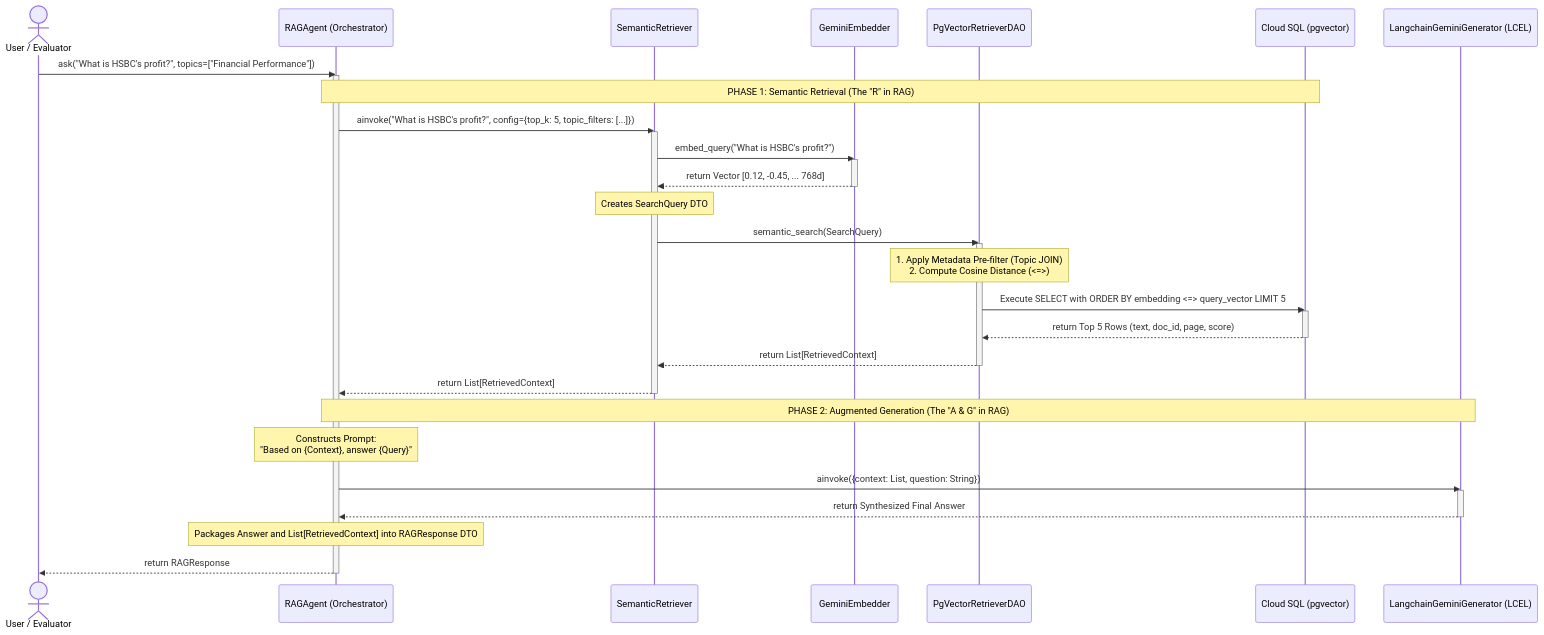
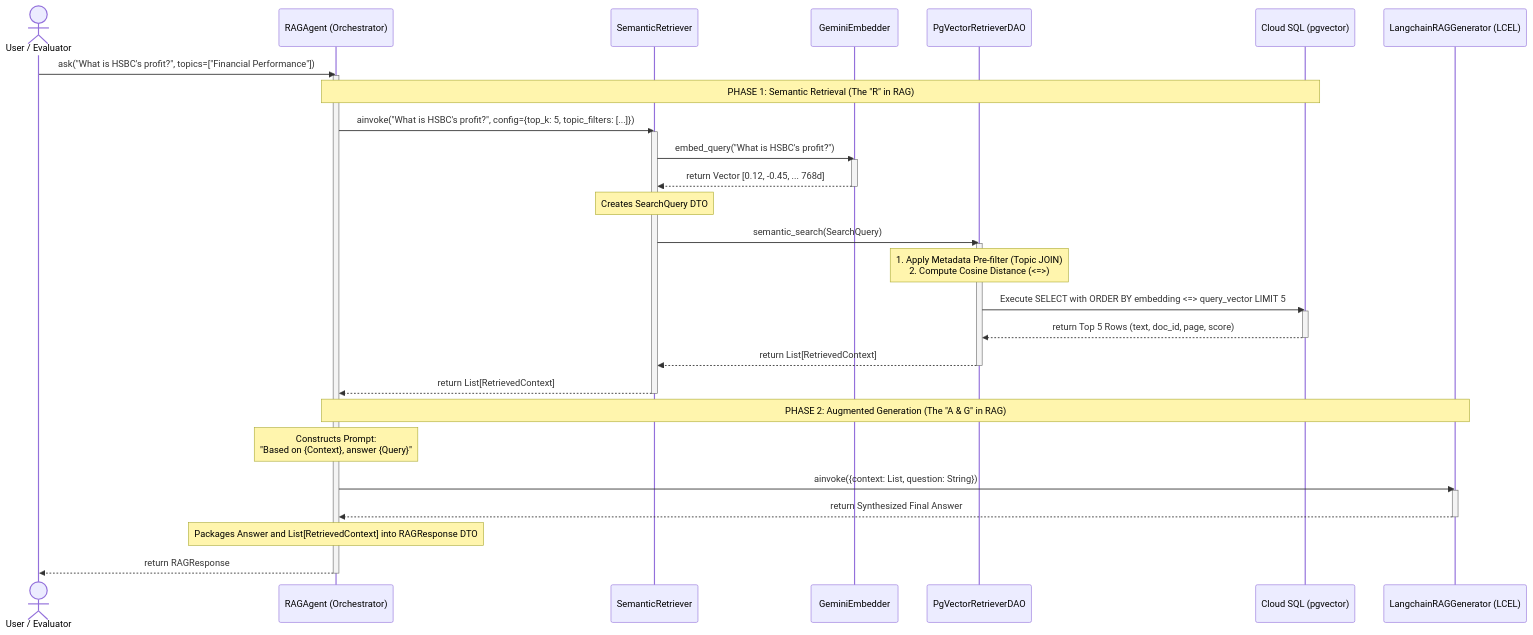
One commit to nvd11/automated-rag-evaluator changed the second of 2 diagrams in docs/phase2_retriever_architecture.md. Above: the diagram before and after it, drawn with Mermaid. The commit also changed other lines of this file, not shown here.

Commit message:
docs: update phase2 architecture doc to reflect LLMFactory dependency injection and renamed LangchainRAGGenerator

````diff
--- a/docs/phase2_retriever_architecture.md
+++ b/docs/phase2_retriever_architecture.md
@@ -112,52 +122,52 @@
 ```mermaid
 sequenceDiagram
     actor Client as User / Evaluator
     participant RAG as RAGAgent (Orchestrator)
     participant Retriever as SemanticRetriever
     participant Embedder as GeminiEmbedder
     participant DAO as PgVectorRetrieverDAO
     participant DB as Cloud SQL (pgvector)
-    participant LLM as LangchainGeminiGenerator (LCEL)
+    participant LLM as LangchainRAGGenerator (LCEL)
 
     Client->>RAG: ask("What is HSBC's profit?", topics=["Financial Performance"])
     activate RAG
 
     %% PHASE 1: Retrieval
     Note over RAG, DB: PHASE 1: Semantic Retrieval (The "R" in RAG)
     RAG->>Retriever: ainvoke("What is HSBC's profit?", config={top_k: 5, topic_filters: [...]})
     activate Retriever
     
     Retriever->>Embedder: embed_query("What is HSBC's profit?")
     activate Embedder
     Embedder-->>Retriever: return Vector [0.12, -0.45, ... 768d]
     deactivate Embedder
     
     Note over Retriever: Creates SearchQuery DTO
     Retriever->>DAO: semantic_search(SearchQuery)
     activate DAO
     
     Note over DAO: 1. Apply Metadata Pre-filter (Topic JOIN)<br/>2. Compute Cosine Distance (<=>)
     DAO->>DB: Execute SELECT with ORDER BY embedding <=> query_vector LIMIT 5
     activate DB
     DB-->>DAO: return Top 5 Rows (text, doc_id, page, score)
     deactivate DB
     
     DAO-->>Retriever: return List[RetrievedContext]
     deactivate DAO
     
     Retriever-->>RAG: return List[RetrievedContext]
     deactivate Retriever
 
     %% PHASE 2: Generation
     Note over RAG, LLM: PHASE 2: Augmented Generation (The "A & G" in RAG)
     Note over RAG: Constructs Prompt:<br/>"Based on {Context}, answer {Query}"
     
     RAG->>LLM: ainvoke({context: List, question: String})
     activate LLM
     LLM-->>RAG: return Synthesized Final Answer
     deactivate LLM
     
     Note over RAG: Packages Answer and List[RetrievedContext] into RAGResponse DTO
     RAG-->>Client: return RAGResponse
     deactivate RAG
 ```
````
